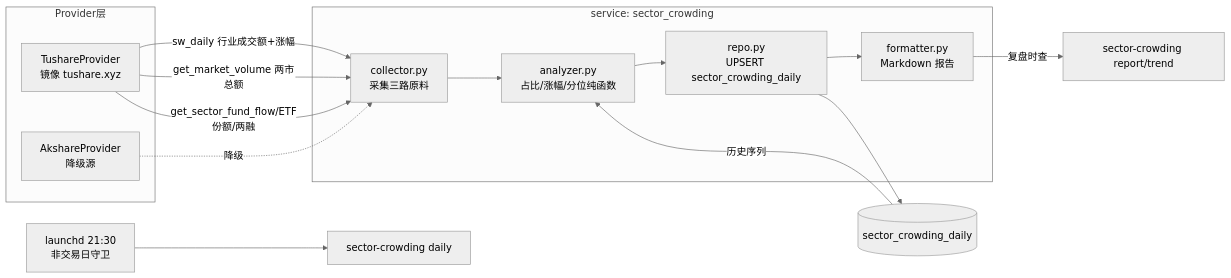
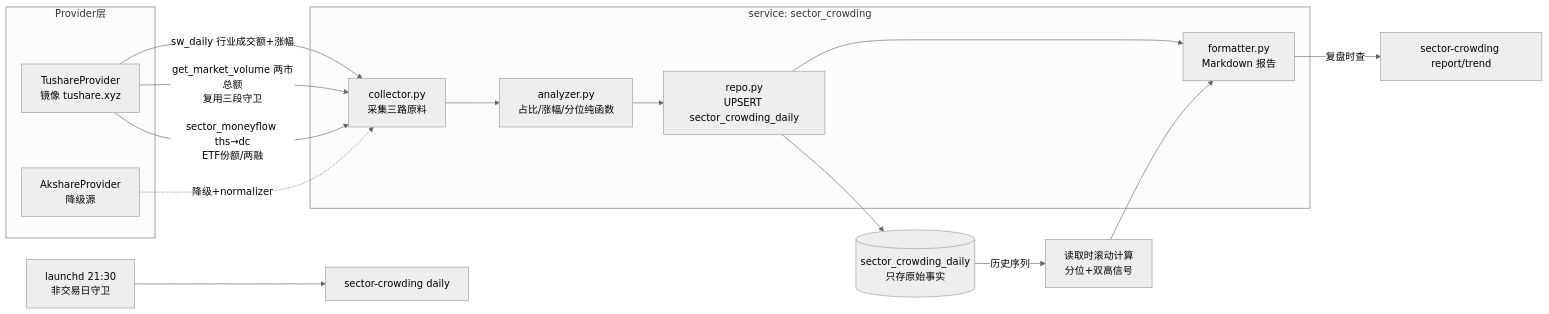
The diagram in docs/superpowers/specs/2026-07-18-sector-crowding-design.md (alyx000/tradeSystem), drawn with Mermaid (neutral theme) before and after one commit. The commit also changed other lines of this file, not shown here.

First line of the commit message:
docs(sector-crowding): revise design per codex review (v2)

````diff
--- a/docs/superpowers/specs/2026-07-18-sector-crowding-design.md
+++ b/docs/superpowers/specs/2026-07-18-sector-crowding-design.md
@@ -38,20 +49,21 @@
 ```mermaid
 flowchart LR
     subgraph Provider层
         TS[TushareProvider<br/>镜像 tushare.xyz]
         AK[AkshareProvider<br/>降级源]
     end
     subgraph service: sector_crowding
         C[collector.py<br/>采集三路原料] --> A[analyzer.py<br/>占比/涨幅/分位纯函数]
         A --> R[repo.py<br/>UPSERT sector_crowding_daily]
         R --> F[formatter.py<br/>Markdown 报告]
     end
     TS -->|sw_daily 行业成交额+涨幅| C
-    TS -->|get_market_volume 两市总额| C
-    TS -->|get_sector_fund_flow/ETF份额/两融| C
-    AK -.降级.-> C
-    R --> DB[(sector_crowding_daily)]
-    DB -->|历史序列| A
+    TS -->|get_market_volume 两市总额<br/>复用三段守卫| C
+    TS -->|sector_moneyflow ths→dc<br/>ETF份额/两融| C
+    AK -.降级+normalizer.-> C
+    R --> DB[(sector_crowding_daily<br/>只存原始事实)]
+    DB -->|历史序列| A2[读取时滚动计算<br/>分位+双高信号]
+    A2 --> F
     F -->|复盘时查| CLI[sector-crowding report/trend]
     L[launchd 21:30<br/>非交易日守卫] --> CLI2[sector-crowding daily]
 ```
````
